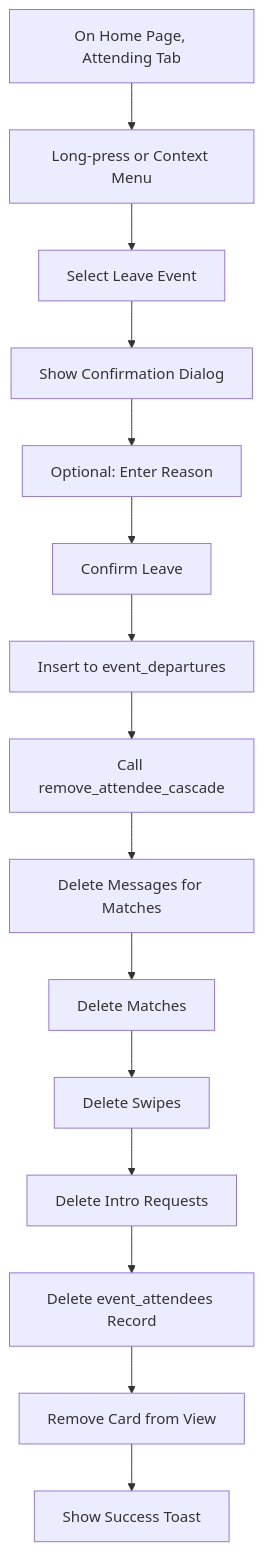
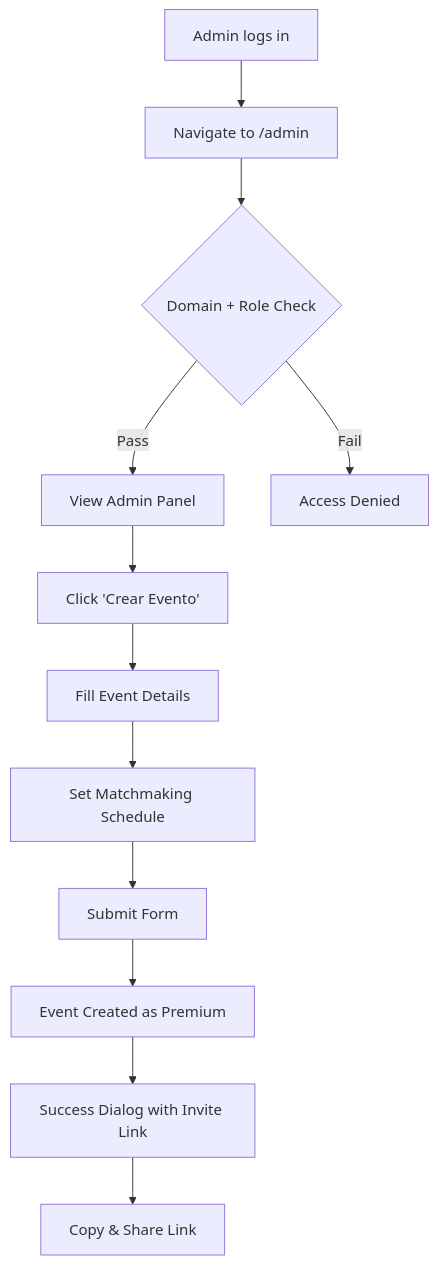
One commit to ketochiesesoyyo/konfetti-capacitor-integration changed the fourth of 6 diagrams in PRODUCT_REQUIREMENTS_DOCUMENT.md. Above: the diagram before and after it, drawn with Mermaid. The commit also changed other lines of this file, not shown here.

````diff
--- a/PRODUCT_REQUIREMENTS_DOCUMENT.md
+++ b/PRODUCT_REQUIREMENTS_DOCUMENT.md
@@ -3315,17 +824,14 @@
 ```mermaid
 graph TD
-    A[On Home Page, Attending Tab] --> B[Long-press or Context Menu]
-    B --> C[Select Leave Event]
-    C --> D[Show Confirmation Dialog]
-    D --> E[Optional: Enter Reason]
-    E --> F[Confirm Leave]
-    F --> G[Insert to event_departures]
-    G --> H[Call remove_attendee_cascade]
-    H --> I[Delete Messages for Matches]
-    I --> J[Delete Matches]
-    J --> K[Delete Swipes]
-    K --> L[Delete Intro Requests]
-    L --> M[Delete event_attendees Record]
-    M --> N[Remove Card from View]
-    N --> O[Show Success Toast]
+    A[Admin logs in] --> B[Navigate to /admin]
+    B --> C{Domain + Role Check}
+    C -->|Pass| D[View Admin Panel]
+    C -->|Fail| E[Access Denied]
+    D --> F[Click 'Crear Evento']
+    F --> G[Fill Event Details]
+    G --> H[Set Matchmaking Schedule]
+    H --> I[Submit Form]
+    I --> J[Event Created as Premium]
+    J --> K[Success Dialog with Invite Link]
+    K --> L[Copy & Share Link]
 ```
````
